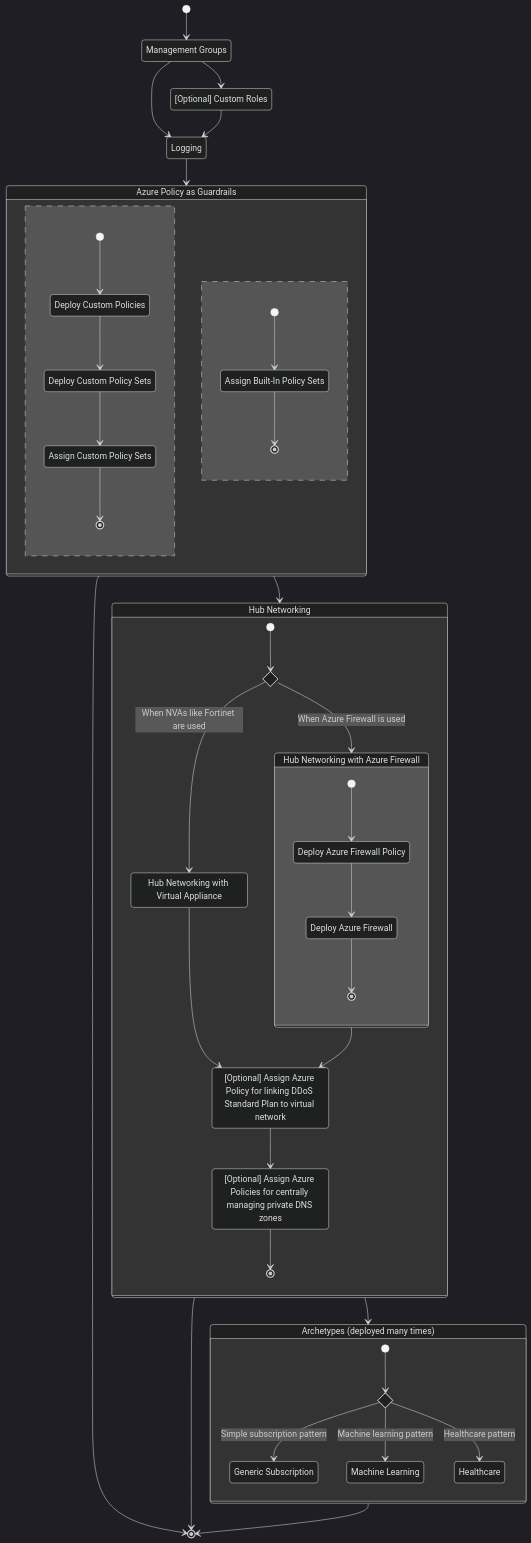
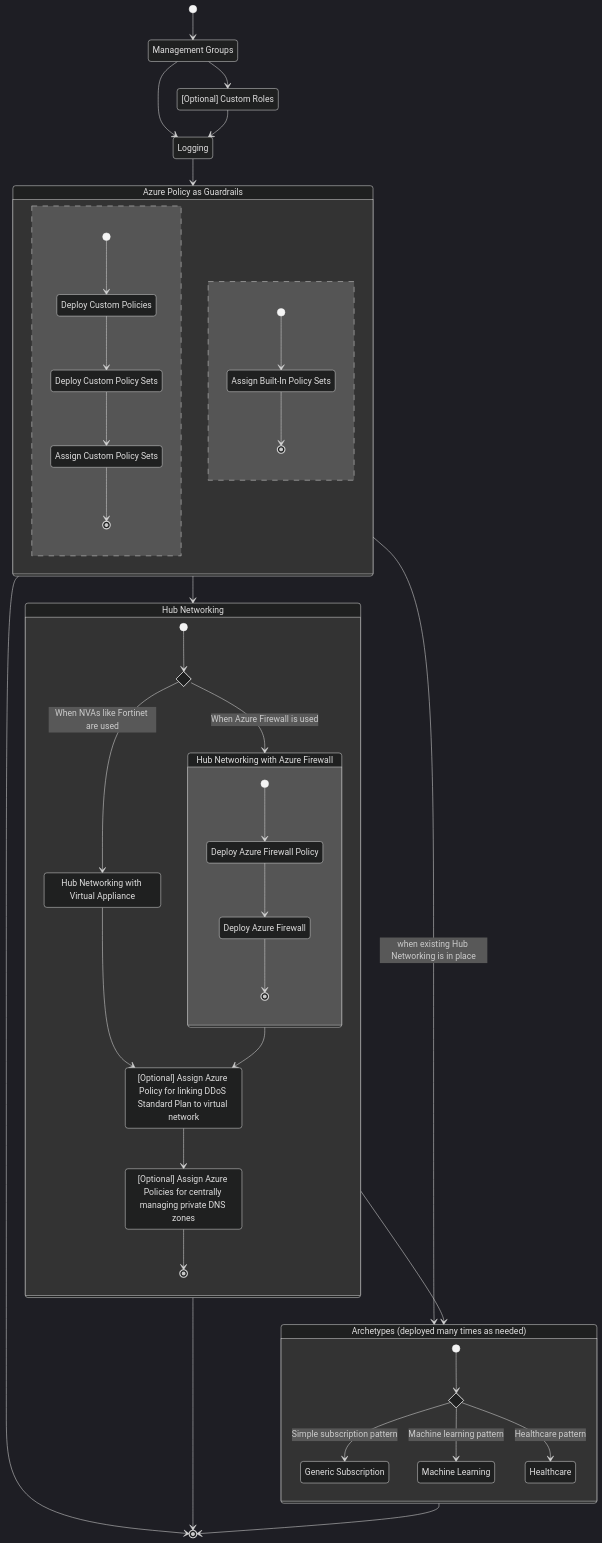
One commit to Azure/CanadaPubSecALZ changed the diagram in docs/onboarding/azure-devops-pipelines.md. Above: the diagram before and after it, drawn with Mermaid (dark theme).

Commit message:
Link Policy -> Archetypes when existing hub networking is in place

```diff
--- a/docs/onboarding/azure-devops-pipelines.md
+++ b/docs/onboarding/azure-devops-pipelines.md
@@ -69,7 +69,7 @@
     AssignDDOSPolicy: [Optional] Assign Azure Policy for linking DDoS Standard Plan to virtual network
     AssignPrivateDNSZonesPolicy: [Optional] Assign Azure Policies for centrally managing private DNS zones
 
-    Archetypes: Archetypes (deployed many times)
+    Archetypes: Archetypes (deployed many times as needed)
     DeployGenericSubscriptionArchetype: Generic Subscription
     DeployMachineLearningArchetype: Machine Learning
     DeployHealthcareArchetype: Healthcare
@@ -92,6 +92,7 @@
     }
 
     Policy --> HubNetworking
+    Policy --> Archetypes: when existing Hub Networking is in place
 
     state HubNetworking {
         state HubNetworkTechChoice <<choice>>
```
